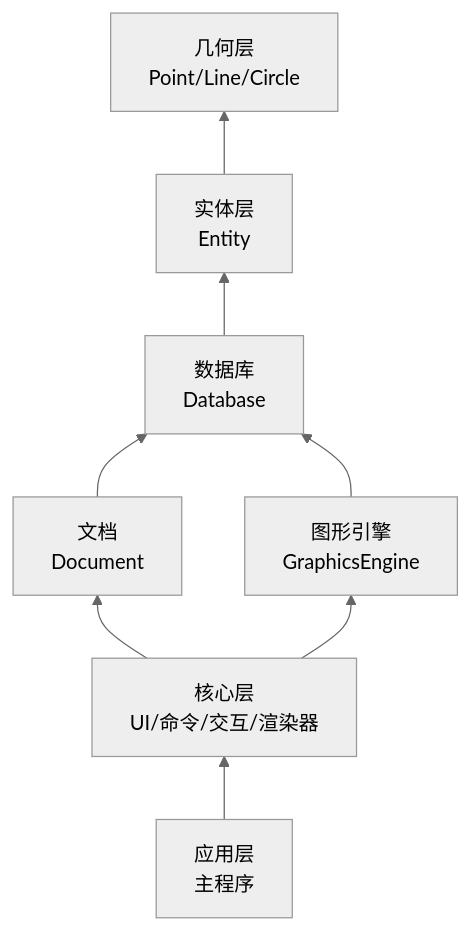
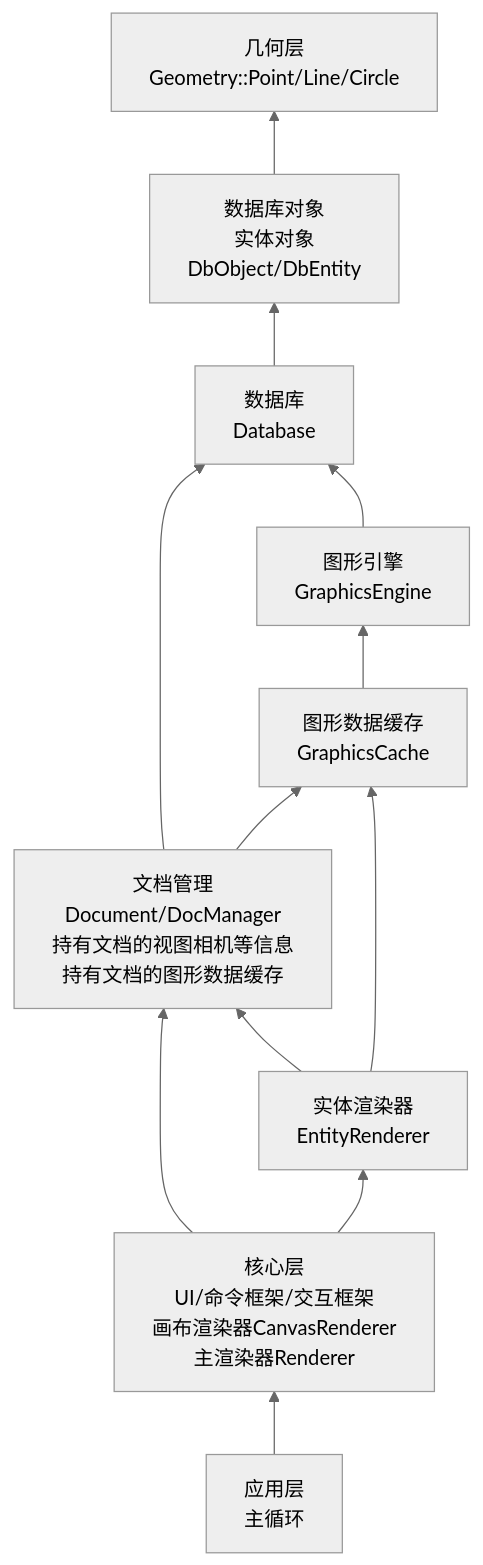
The diagram in Docs/CoreDesign.md (tch0/CadToy), drawn with Mermaid (neutral theme) before and after one commit. The commit also changed other lines of this file, not shown here.

````diff
--- a/Docs/CoreDesign.md
+++ b/Docs/CoreDesign.md
@@ -41,18 +39,24 @@
 ```mermaid
 graph BT
-    GEO[几何层<br/>Point/Line/Circle]
-    ENT[实体层<br/>Entity]
+    GEO[几何层<br/>Geometry::Point/Line/Circle]
+    ENT[数据库对象<br/>实体对象<br/>DbObject/DbEntity]
     DB[数据库<br/>Database]
-    DOC[文档<br/>Document]
+    DOC[文档管理<br/>Document/DocManager<br/>持有文档的视图相机等信息<br/>持有文档的图形数据缓存]
     GE[图形引擎<br/>GraphicsEngine]
-    CORE[核心层<br/>UI/命令/交互/渲染器]
-    APP[应用层<br/>主程序]
+    GECACHE[图形数据缓存<br/>GraphicsCache]
+    RENDER[实体渲染器<br/>EntityRenderer]
+    CORE[核心层<br/>UI/命令框架/交互框架<br/>画布渲染器CanvasRenderer<br/>主渲染器Renderer]
+    APP[应用层<br/>主循环]
 
     ENT --> GEO
     DB --> ENT
     DOC --> DB
     GE --> DB
+    GECACHE --> GE
+    DOC --> GECACHE
     CORE --> DOC
-    CORE --> GE
+    RENDER --> GECACHE
+    RENDER --> DOC
+    CORE --> RENDER
     APP --> CORE
 ```
````
